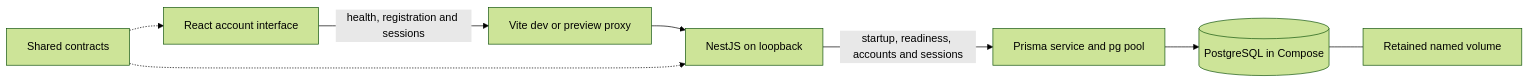
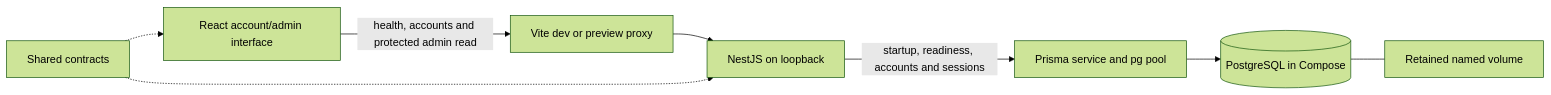
Before and after one commit to BecauseOfCourse-prog/webwargame: the diagram in docs/specs/0002-project-context.md, drawn with Mermaid (forest theme). The commit also changed other lines of this file and 29 other files, not shown here.

````diff
--- a/docs/specs/0002-project-context.md
+++ b/docs/specs/0002-project-context.md
@@ -56,10 +56,10 @@
 ```mermaid
 flowchart LR
-  Browser[React account interface] -->|health, registration and sessions| Proxy[Vite dev or preview proxy]
+  Browser[React account/admin interface] -->|health, accounts and protected admin read| Proxy[Vite dev or preview proxy]
   Proxy --> API[NestJS on loopback]
   API -->|startup, readiness, accounts and sessions| Prisma[Prisma service and pg pool]
   Prisma --> PG[(PostgreSQL in Compose)]
   PG --- Volume[Retained named volume]
   Contracts[Shared contracts] -.-> Browser
   Contracts -.-> API
 ```
````
